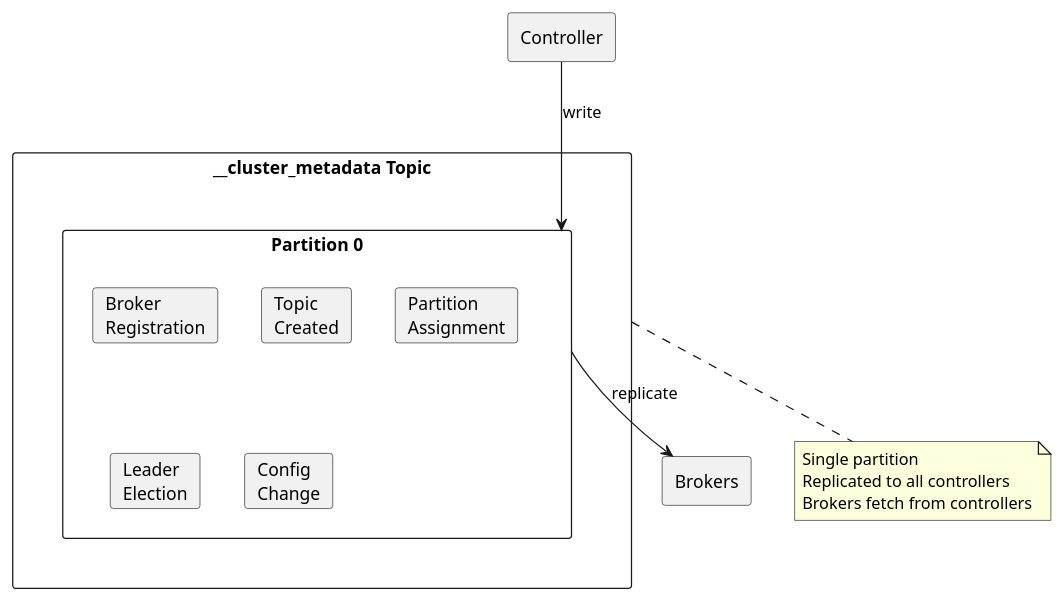
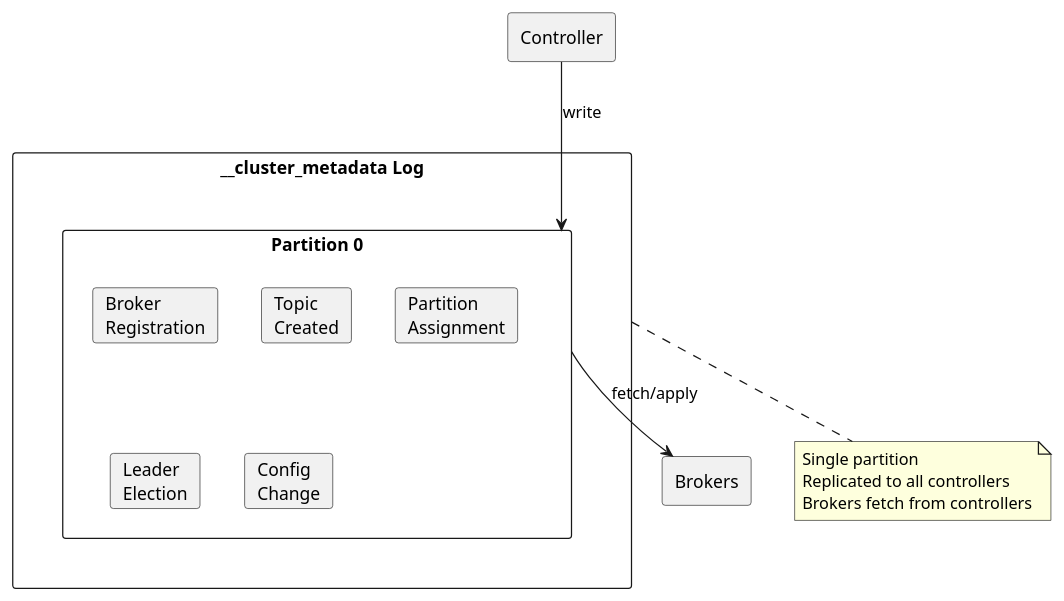
One commit to axonops/documentation changed the second of 5 diagrams in docs/data-platforms/kafka/architecture/cluster-management/index.md. Above: the diagram before and after it, drawn with PlantUML. The commit also changed other lines of this file and 34 other files, not shown here.

Commit message:
Updated Kafka architecture documents

````diff
--- a/docs/data-platforms/kafka/architecture/cluster-management/index.md
+++ b/docs/data-platforms/kafka/architecture/cluster-management/index.md
@@ -72,28 +72,28 @@
 ```plantuml
 @startuml
 
 
-rectangle "__cluster_metadata Topic" as meta {
+rectangle "__cluster_metadata Log" as meta {
   rectangle "Partition 0" as p0 {
     card "Broker\nRegistration" as reg
     card "Topic\nCreated" as topic
     card "Partition\nAssignment" as assign
     card "Leader\nElection" as leader
     card "Config\nChange" as config
   }
 }
 
 rectangle "Controller" as ctrl
 rectangle "Brokers" as brokers
 
 ctrl --> p0 : write
-p0 --> brokers : replicate
+p0 --> brokers : fetch/apply
 
 note bottom of meta
   Single partition
   Replicated to all controllers
   Brokers fetch from controllers
 end note
 
 @enduml
 ```
````
